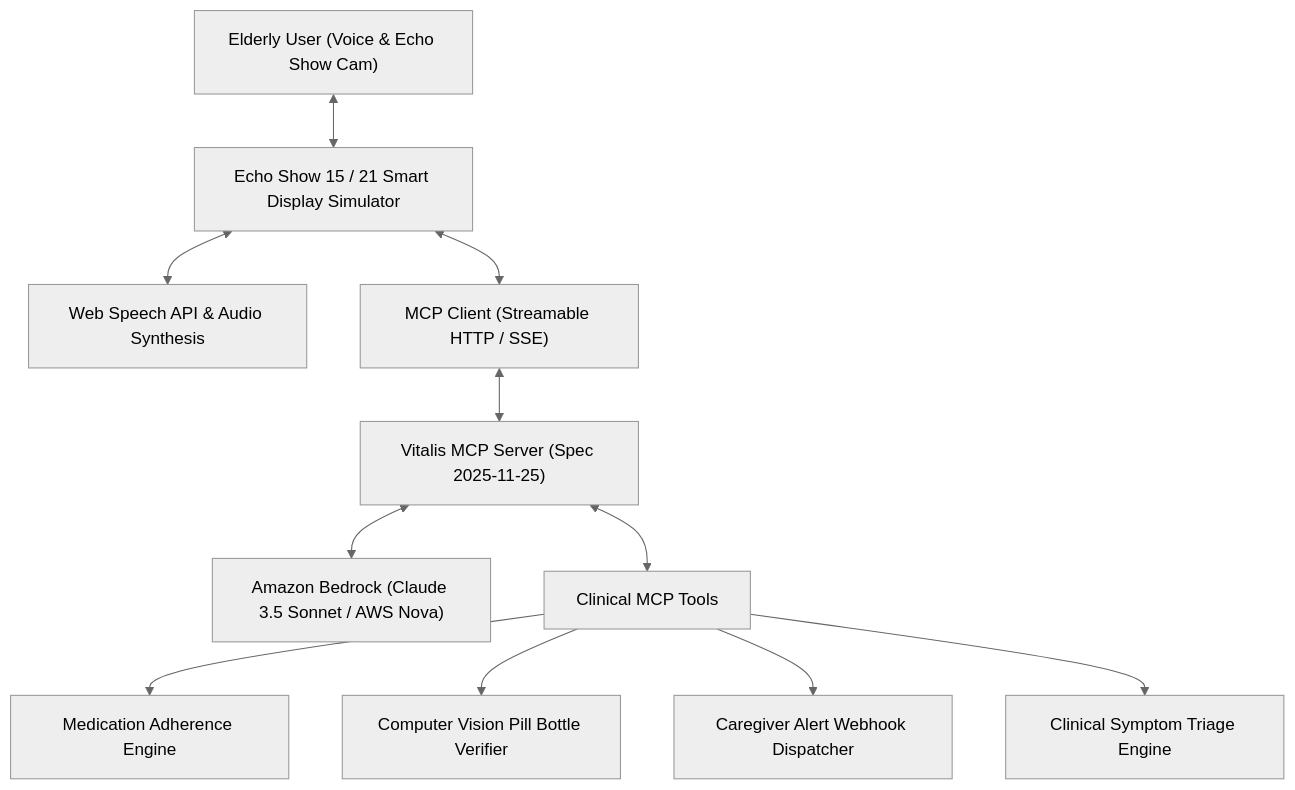
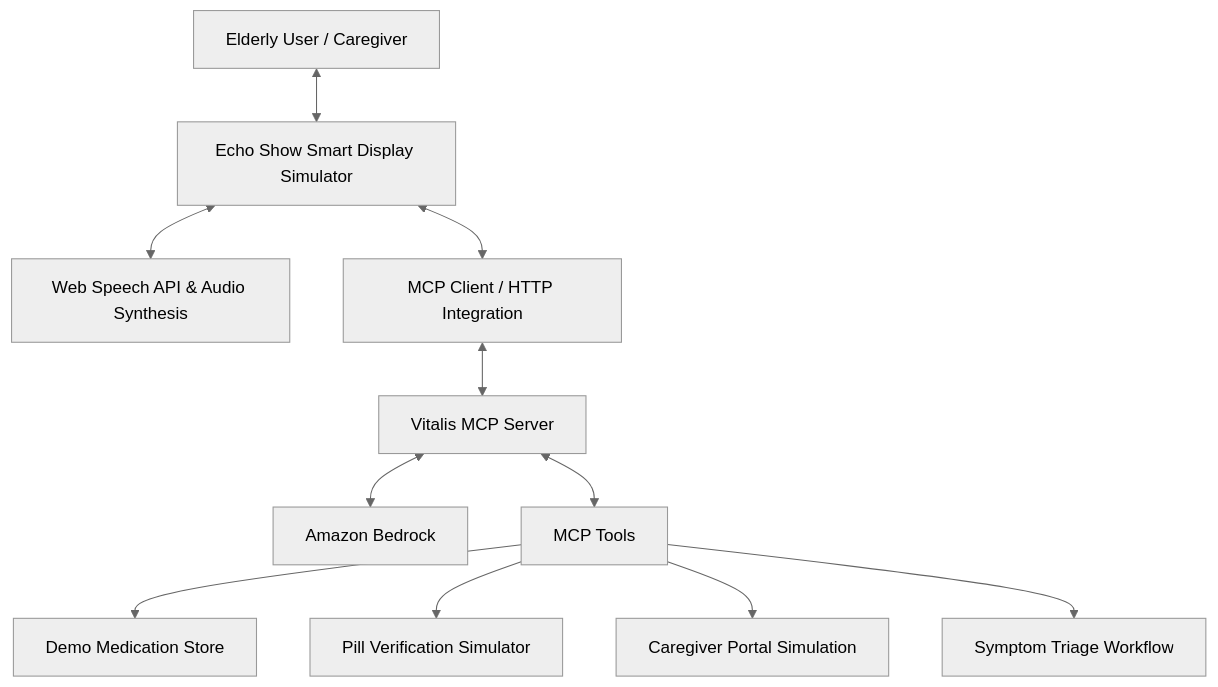
The diagram in README.md (Yemmmyc/vitalis-ai), drawn with Mermaid (neutral theme) before and after one commit. The commit also changed other lines of this file and 9 other files, not shown here.

````diff
--- a/README.md
+++ b/README.md
@@ -32,13 +37,13 @@
 ```mermaid
 graph TD
-    User["Elderly User (Voice & Echo Show Cam)"] <--> WebSim["Echo Show 15 / 21 Smart Display Simulator"]
+    User["Elderly User / Caregiver"] <--> WebSim["Echo Show Smart Display Simulator"]
     WebSim <--> VoiceEngine["Web Speech API & Audio Synthesis"]
-    WebSim <--> Client["MCP Client (Streamable HTTP / SSE)"]
-    Client <--> MCPServer["Vitalis MCP Server (Spec 2025-11-25)"]
-    MCPServer <--> Bedrock["Amazon Bedrock (Claude 3.5 Sonnet / AWS Nova)"]
-    MCPServer <--> Tools["Clinical MCP Tools"]
-    Tools --> MedDb["Medication Adherence Engine"]
-    Tools --> VisionVerify["Computer Vision Pill Bottle Verifier"]
-    Tools --> AlertDispatch["Caregiver Alert Webhook Dispatcher"]
-    Tools --> Triage["Clinical Symptom Triage Engine"]
+    WebSim <--> Client["MCP Client / HTTP Integration"]
+    Client <--> MCPServer["Vitalis MCP Server"]
+    MCPServer <--> Bedrock["Amazon Bedrock"]
+    MCPServer <--> Tools["MCP Tools"]
+    Tools --> MedDb["Demo Medication Store"]
+    Tools --> VisionVerify["Pill Verification Simulator"]
+    Tools --> AlertDispatch["Caregiver Portal Simulation"]
+    Tools --> Triage["Symptom Triage Workflow"]
 ```
````
